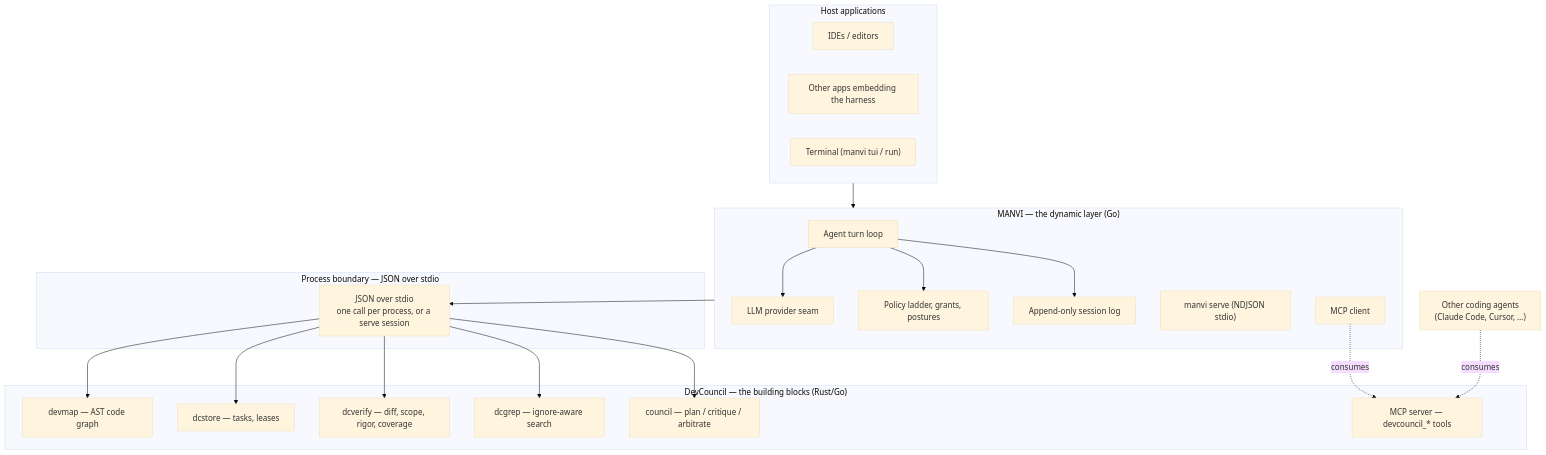
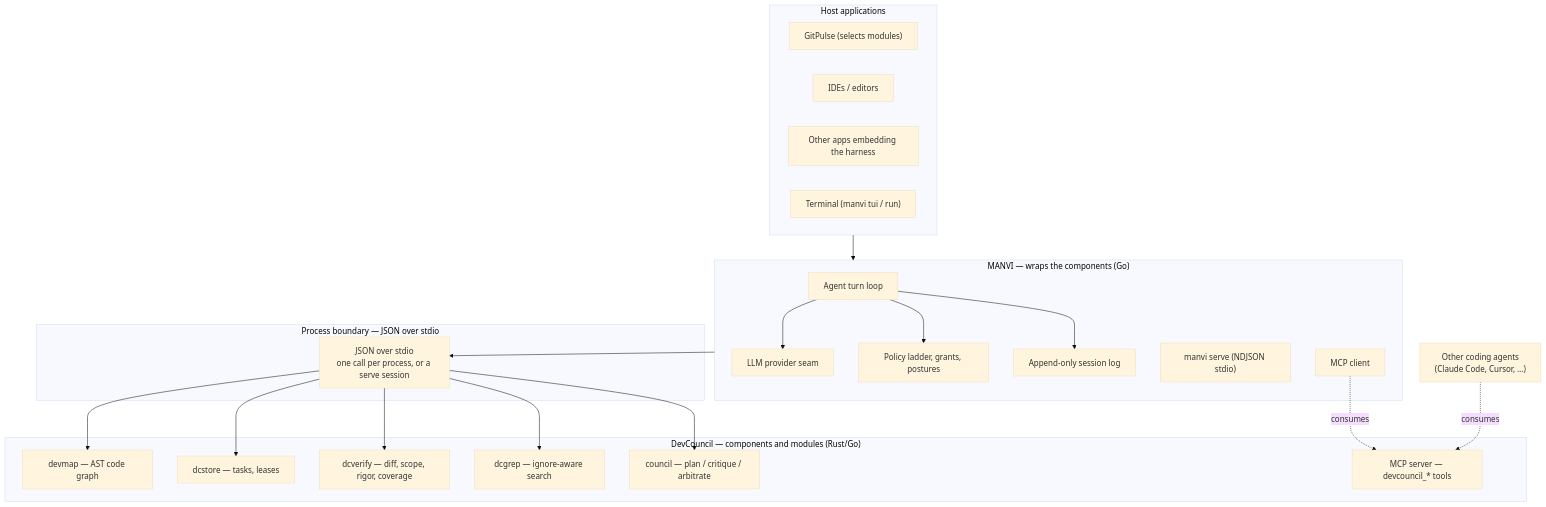
The diagram in docs/COMPONENTS_AND_HARNESS.md (bharathvbcr/Manvi), drawn with Mermaid (base theme) before and after one commit. The commit also changed other lines of this file and 11 other files, not shown here.

Commit message:
docs: document modular relationship with DevCouncil and GitPulse

````diff
--- a/docs/COMPONENTS_AND_HARNESS.md
+++ b/docs/COMPONENTS_AND_HARNESS.md
@@ -17,39 +23,40 @@
 ```mermaid
 flowchart TB
     subgraph Apps["Host applications"]
+        GitPulse["GitPulse (selects modules)"]
         IDE["IDEs / editors"]
         Other["Other apps embedding the harness"]
         Term["Terminal (manvi tui / run)"]
     end
 
-    subgraph Harness["MANVI — the dynamic layer (Go)"]
+    subgraph Harness["MANVI — wraps the components (Go)"]
         Loop["Agent turn loop"]
         LLM["LLM provider seam"]
         Gate["Policy ladder, grants, postures"]
         Session["Append-only session log"]
         Serve["manvi serve (NDJSON stdio)"]
         MCPClient["MCP client"]
     end
 
     subgraph Boundary["Process boundary — JSON over stdio"]
         Exec["JSON over stdio<br/>one call per process, or a serve session"]
     end
 
-    subgraph Components["DevCouncil — the building blocks (Rust/Go)"]
+    subgraph Components["DevCouncil — components and modules (Rust/Go)"]
         DevMap["devmap — AST code graph"]
         Store["dcstore — tasks, leases"]
         Verify["dcverify — diff, scope, rigor, coverage"]
         Grep["dcgrep — ignore-aware search"]
         Council["council — plan / critique / arbitrate"]
         MCPServer["MCP server — devcouncil_* tools"]
     end
 
     Apps --> Harness
     Loop --> Gate
     Loop --> LLM
     Loop --> Session
     Harness --> Exec
     Exec --> DevMap & Store & Verify & Grep & Council
     MCPClient -.consumes.-> MCPServer
     OtherAgents["Other coding agents<br/>(Claude Code, Cursor, …)"] -.consumes.-> MCPServer
 ```
````
